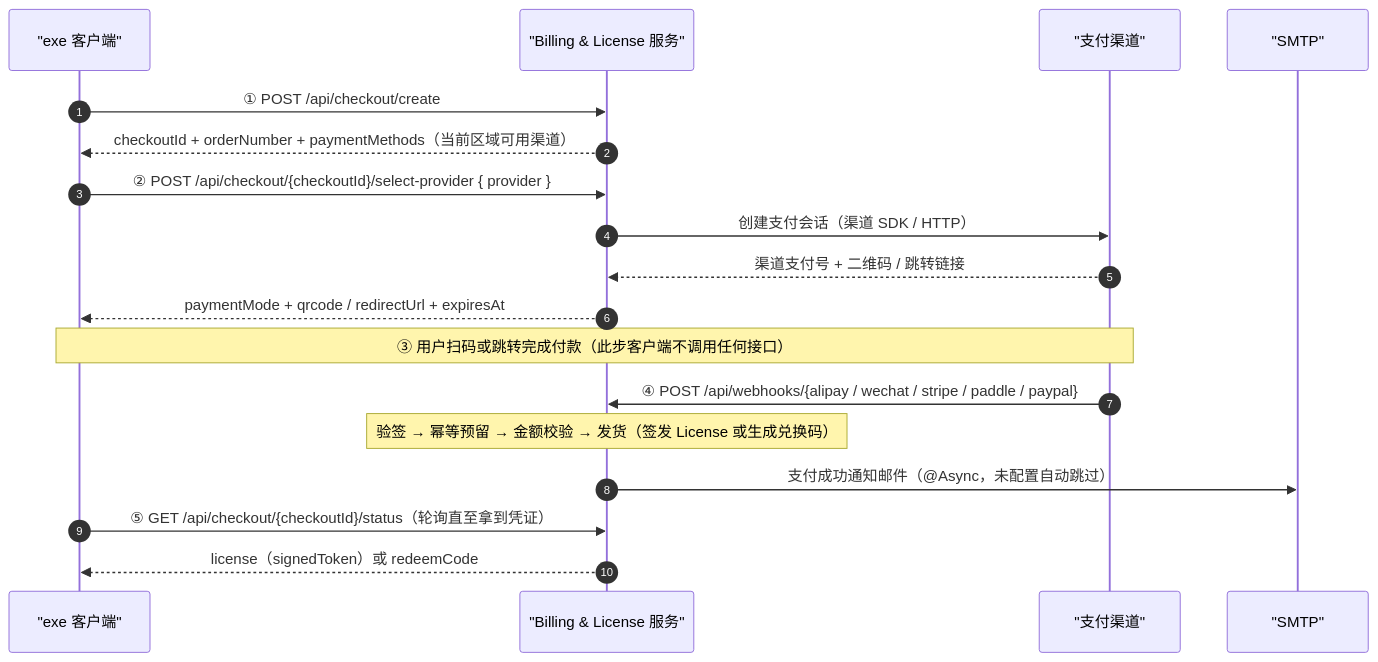
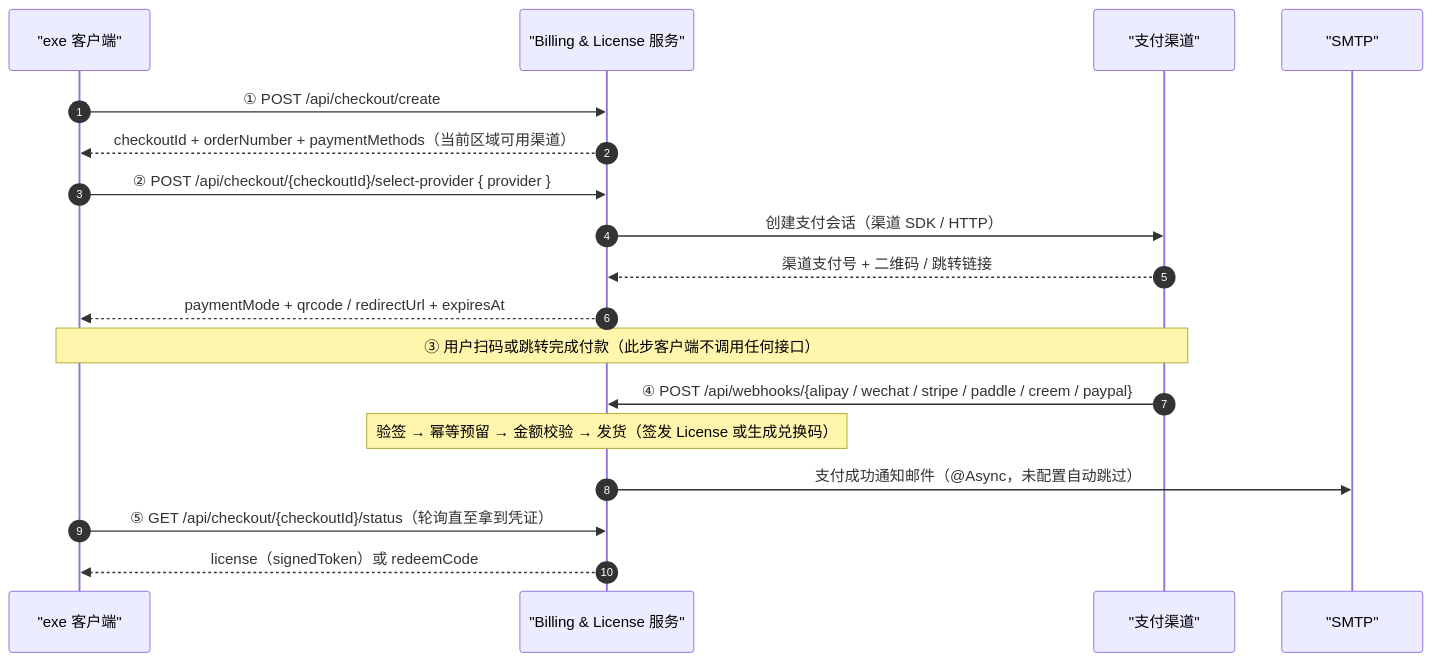
The first of 23 diagrams in docs/接口调用时序图.md (qingchuang12/billing-license-service), drawn with Mermaid before and after one commit. The commit also changed other lines of this file and 196 other files, not shown here.

````diff
--- a/docs/接口调用时序图.md
+++ b/docs/接口调用时序图.md
@@ -151,21 +149,21 @@
 ```mermaid
 sequenceDiagram
     autonumber
     participant C as "exe 客户端"
     participant S as "Billing & License 服务"
     participant CH as "支付渠道"
     participant M as "SMTP"
 
     C->>S: ① POST /api/checkout/create
     S-->>C: checkoutId + orderNumber + paymentMethods（当前区域可用渠道）
     C->>S: ② POST /api/checkout/{checkoutId}/select-provider  { provider }
     S->>CH: 创建支付会话（渠道 SDK / HTTP）
     CH-->>S: 渠道支付号 + 二维码 / 跳转链接
     S-->>C: paymentMode + qrcode / redirectUrl + expiresAt
     Note over C,CH: ③ 用户扫码或跳转完成付款（此步客户端不调用任何接口）
-    CH->>S: ④ POST /api/webhooks/{alipay / wechat / stripe / paddle / paypal}
+    CH->>S: ④ POST /api/webhooks/{alipay / wechat / stripe / paddle / creem / paypal}
     Note over S: 验签 → 幂等预留 → 金额校验 → 发货（签发 License 或生成兑换码）
     S->>M: 支付成功通知邮件（@Async，未配置自动跳过）
     C->>S: ⑤ GET /api/checkout/{checkoutId}/status（轮询直至拿到凭证）
     S-->>C: license（signedToken）或 redeemCode
 ```
````
